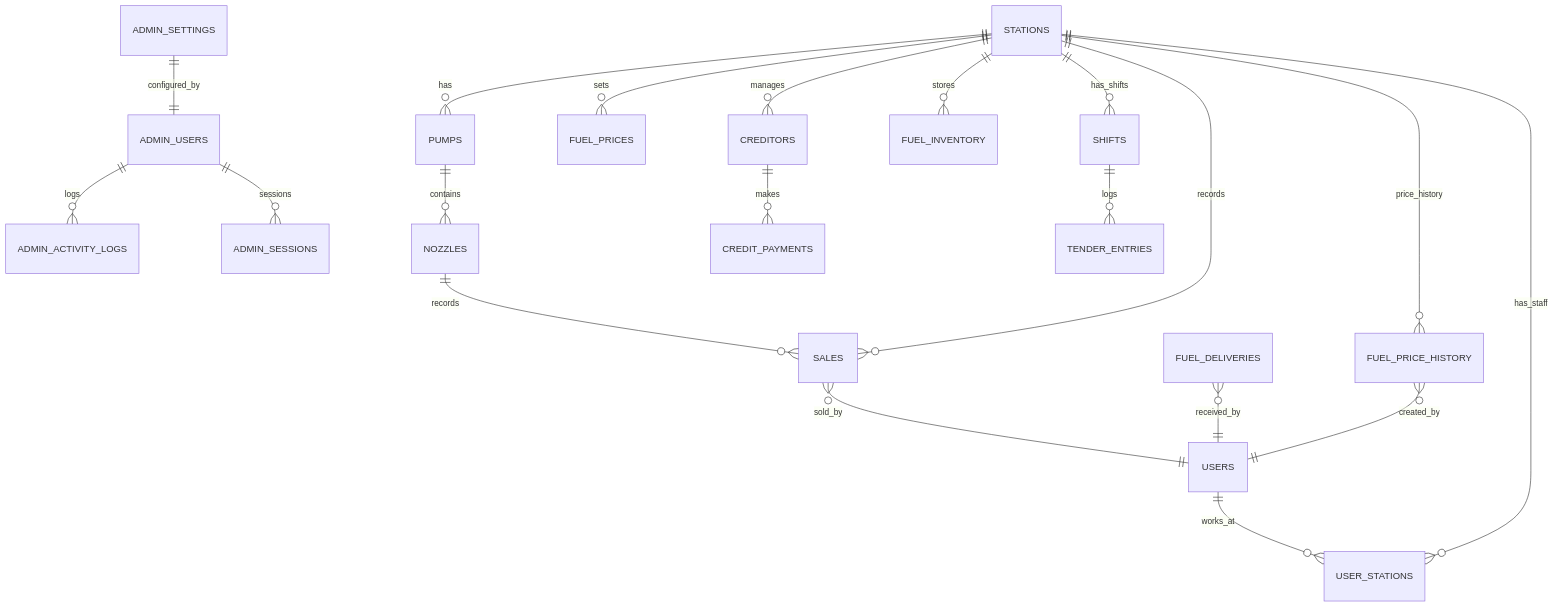
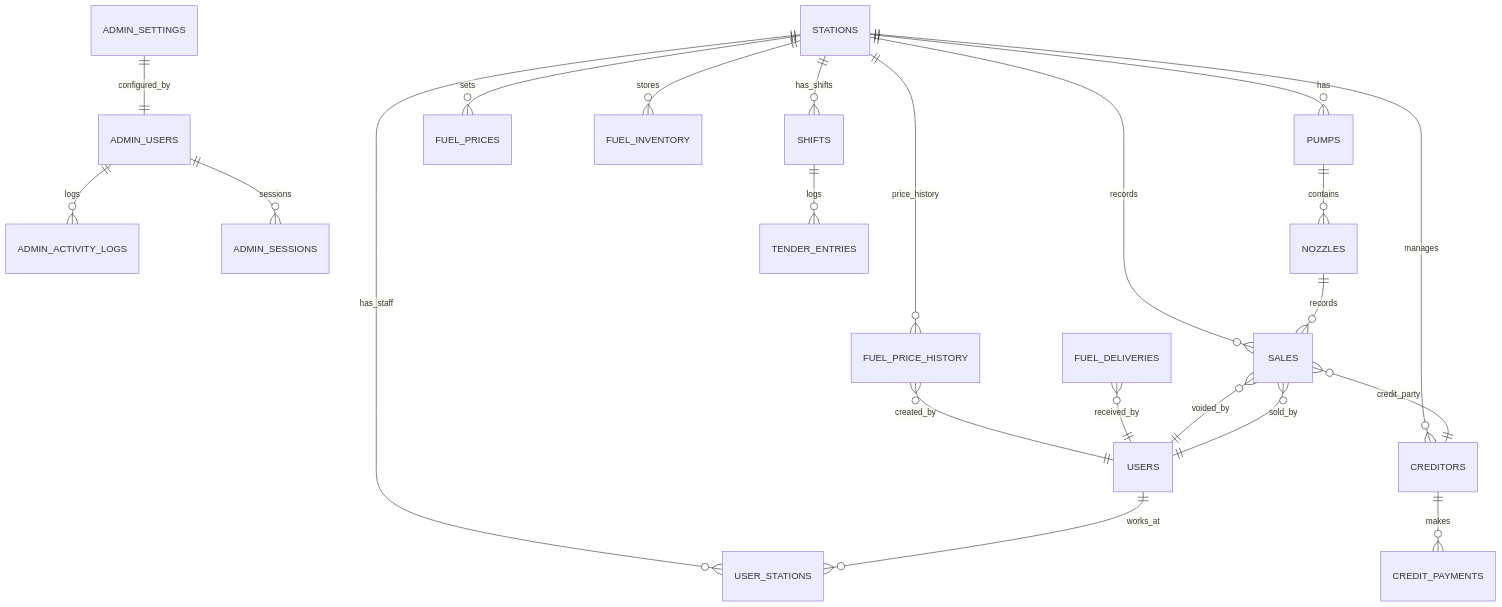
One commit to iamramakanthreddyk/fuelsync-hub changed the diagram in docs/ERD.md. Above: the diagram before and after it, drawn with Mermaid. The commit also changed 2 other files, not shown here.

Commit message:
docs: link sales relations

````diff
--- a/docs/ERD.md
+++ b/docs/ERD.md
@@ -1,22 +1,24 @@
 ```mermaid
 erDiagram
     ADMIN_USERS ||--o{ ADMIN_ACTIVITY_LOGS : "logs"
     ADMIN_USERS ||--o{ ADMIN_SESSIONS : "sessions"
     ADMIN_SETTINGS ||--|| ADMIN_USERS : "configured_by"
     USERS ||--o{ USER_STATIONS : "works_at"
     STATIONS ||--o{ USER_STATIONS : "has_staff"
     STATIONS ||--o{ PUMPS : "has"
     PUMPS ||--o{ NOZZLES : "contains"
     NOZZLES ||--o{ SALES : "records"
     STATIONS ||--o{ SALES : "records"
     SALES }o--|| USERS : "sold_by"
+    SALES }o--|| USERS : "voided_by"
+    SALES }o--|| CREDITORS : "credit_party"
     STATIONS ||--o{ FUEL_PRICES : "sets"
     STATIONS ||--o{ FUEL_PRICE_HISTORY : "price_history"
     STATIONS ||--o{ CREDITORS : "manages"
     CREDITORS ||--o{ CREDIT_PAYMENTS : "makes"
     STATIONS ||--o{ FUEL_INVENTORY : "stores"
     STATIONS ||--o{ SHIFTS : "has_shifts"
     SHIFTS ||--o{ TENDER_ENTRIES : "logs"
     FUEL_DELIVERIES }o--|| USERS : "received_by"
     FUEL_PRICE_HISTORY }o--|| USERS : "created_by"
 ```
````
